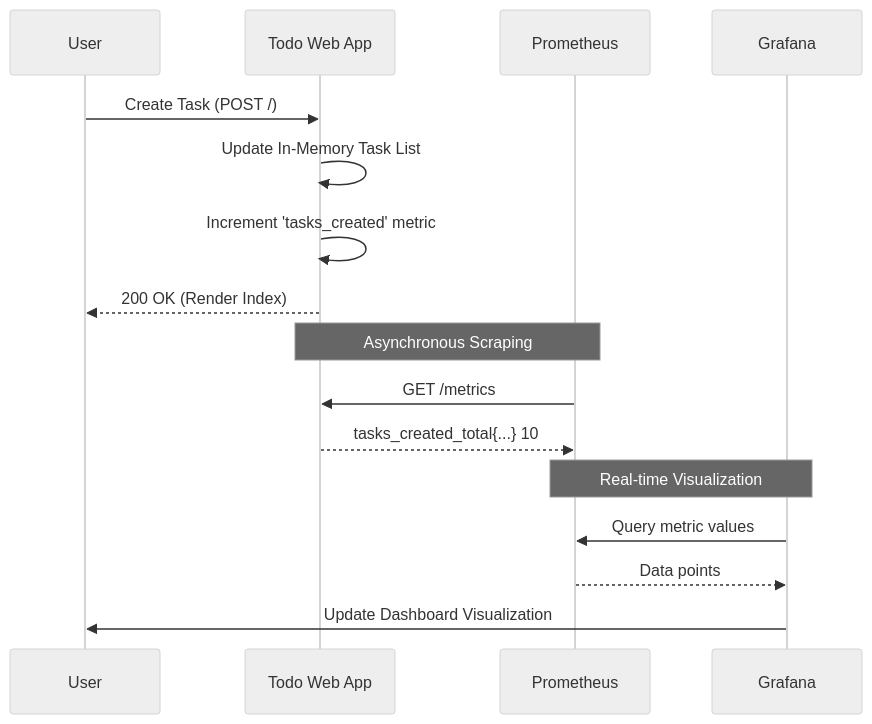
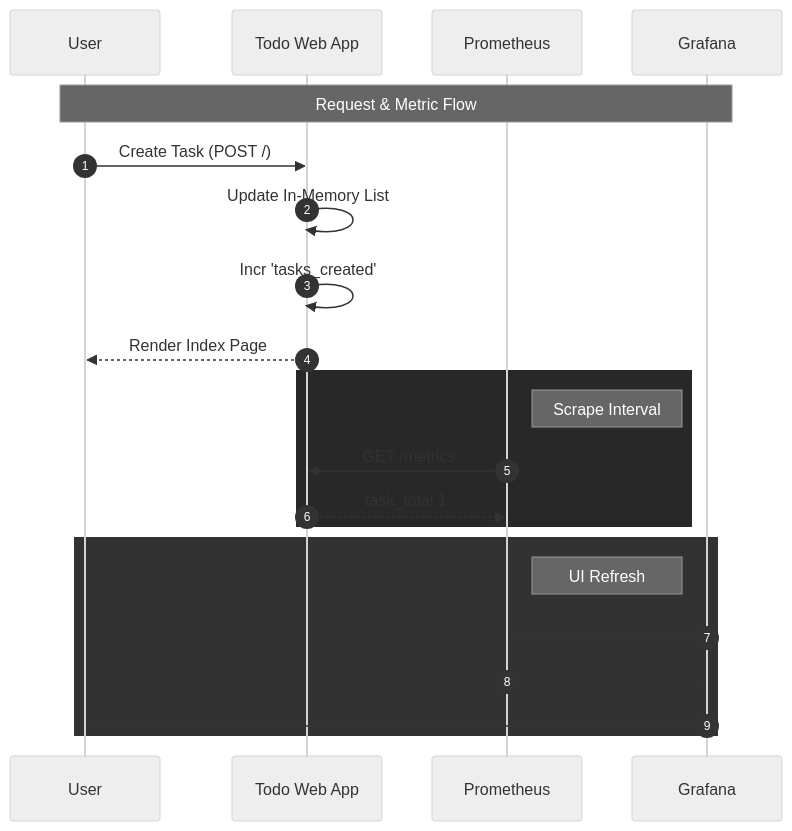
The third of 3 diagrams in README.md (DEVENDRA4774/DevOps-Todo-Web-App), drawn with Mermaid (neutral theme) before and after one commit. The commit also changed other lines of this file, not shown here.

Commit message:
docs: improve visibility and styling for all diagrams

````diff
--- a/README.md
+++ b/README.md
@@ -92,21 +99,28 @@
 ```mermaid
 sequenceDiagram
-    participant User
-    participant WebApp as Todo Web App
-    participant Prom as Prometheus
-    participant Graf as Grafana
+    autonumber
+    participant U as User
+    participant W as Todo Web App
+    participant P as Prometheus
+    participant G as Grafana
 
-    User->>WebApp: Create Task (POST /)
-    WebApp->>WebApp: Update In-Memory Task List
-    WebApp->>WebApp: Increment 'tasks_created' metric
-    WebApp-->>User: 200 OK (Render Index)
+    Note over U, G: Request & Metric Flow
 
-    Note over Prom, WebApp: Asynchronous Scraping
-    Prom->>WebApp: GET /metrics
-    WebApp-->>Prom: tasks_created_total{...} 10
-    
-    Note over Graf, Prom: Real-time Visualization
-    Graf->>Prom: Query metric values
-    Prom-->>Graf: Data points
-    Graf->>User: Update Dashboard Visualization
+    U->>W: Create Task (POST /)
+    W->>W: Update In-Memory List
+    W->>W: Incr 'tasks_created'
+    W-->>U: Render Index Page
+
+    rect rgb(40, 40, 40)
+        Note right of P: Scrape Interval
+        P->>W: GET /metrics
+        W-->>P: task_total 1
+    end
+
+    rect rgb(50, 50, 50)
+        Note left of G: UI Refresh
+        G->>P: Query Metrics
+        P-->>G: Data Points
+        G->>U: Update Dashboard
+    end
 ```
````
